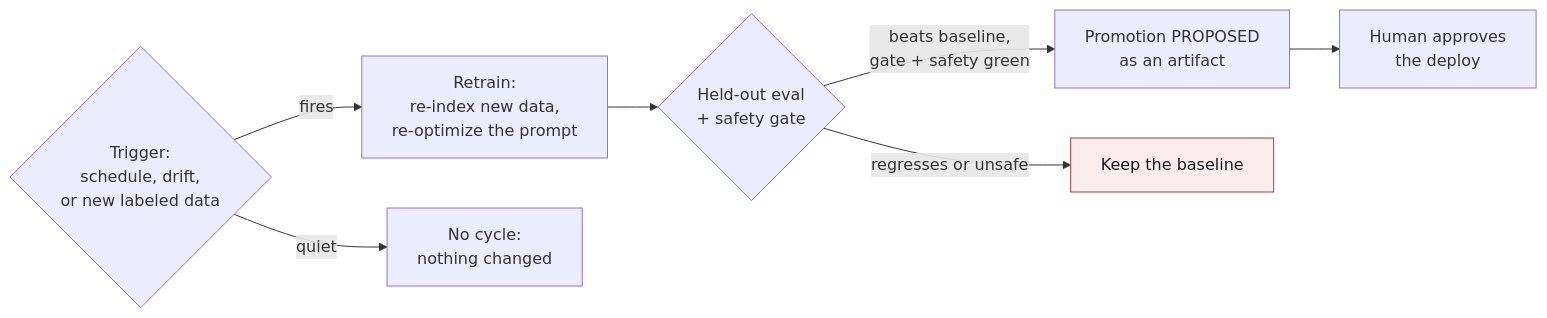
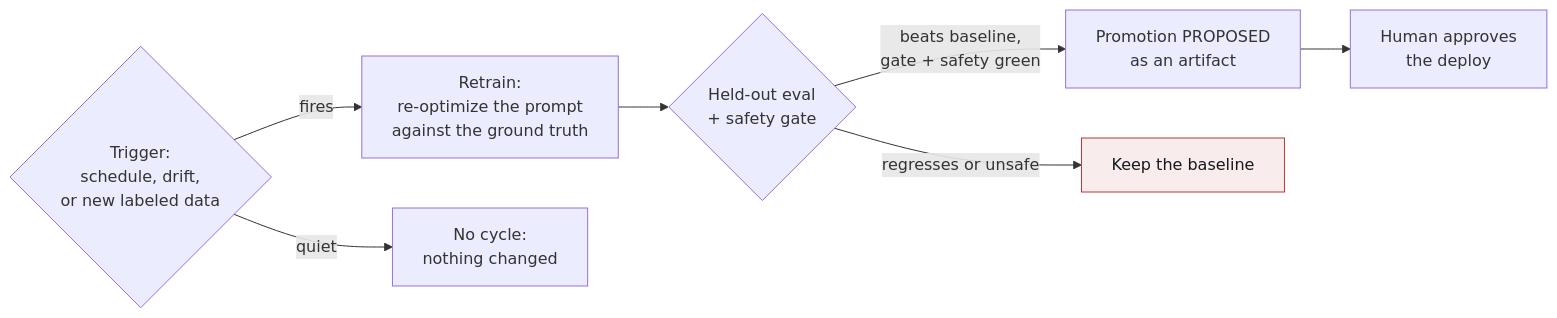
Before and after one commit to hoomanesteki/agentic-rag-knowledge-ai-platform: the first of 2 diagrams in showcase/mlops.qmd, drawn with Mermaid. The commit also changed other lines of this file and 12 other files, not shown here.

````diff
--- a/showcase/mlops.qmd
+++ b/showcase/mlops.qmd
@@ -31,11 +31,11 @@
 ```{mermaid}
 flowchart LR
-  T{Trigger:<br/>schedule, drift,<br/>or new labeled data} -->|fires| TR[Retrain:<br/>re-index new data,<br/>re-optimize the prompt]
+  T{Trigger:<br/>schedule, drift,<br/>or new labeled data} -->|fires| TR[Retrain:<br/>re-optimize the prompt<br/>against the ground truth]
   T -->|quiet| SKIP[No cycle:<br/>nothing changed]
   TR --> G{Held-out eval<br/>+ safety gate}
   G -->|beats baseline,<br/>gate + safety green| PROP[Promotion PROPOSED<br/>as an artifact]
   G -->|regresses or unsafe| KEEP[Keep the baseline]
   PROP --> H[Human approves<br/>the deploy]
   classDef rej fill:#f8ecec,stroke:#b23a3a,color:#13191e;
   class KEEP rej;
 ```
````
